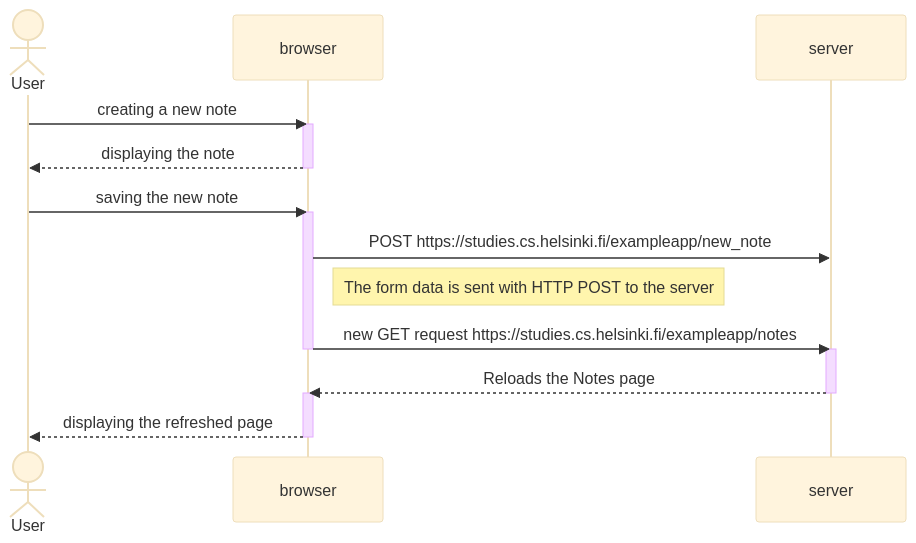
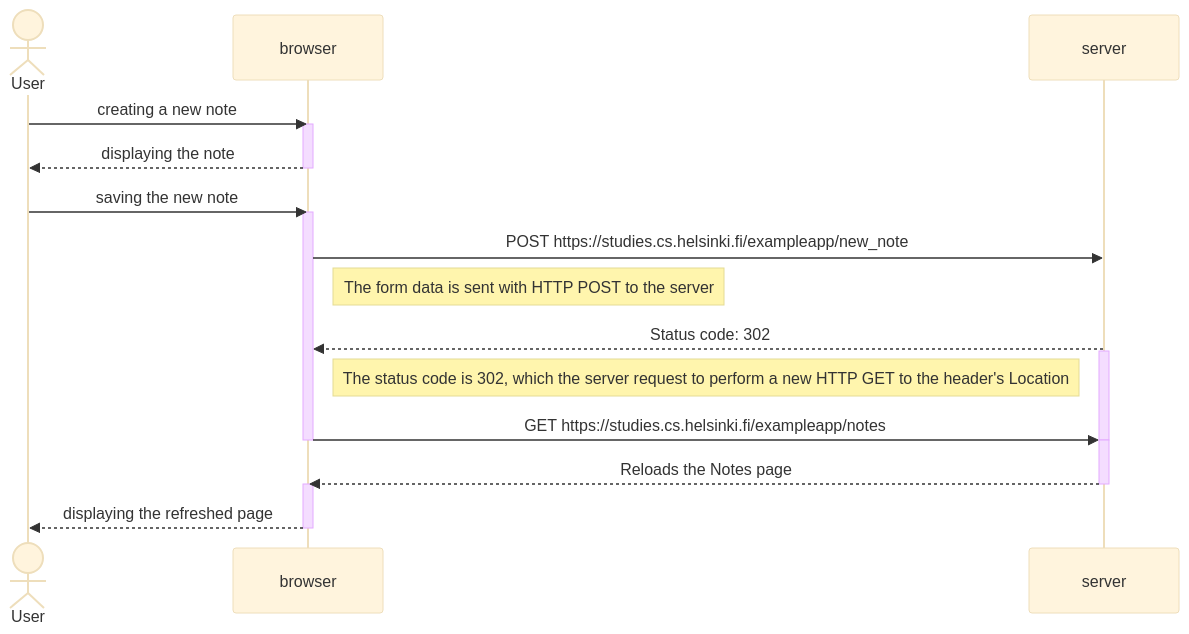
One commit to lumuellelumelay/full_stack_open changed the first of 3 diagrams in README.md. Above: the diagram before and after it, drawn with Mermaid (base theme).

Commit message:
README.md

````diff
--- a/README.md
+++ b/README.md
@@ -4,27 +4,34 @@
 ```mermaid
 sequenceDiagram
     actor User
     participant browser
     participant server
 
     User->>browser: creating a new note
     activate browser
     browser-->>User: displaying the note
     deactivate browser
 
     User->>browser: saving the new note
     activate browser
     browser->>server: POST https://studies.cs.helsinki.fi/exampleapp/new_note
 
     Note right of browser: The form data is sent with HTTP POST to the server
 
-    browser->>server: new GET request https://studies.cs.helsinki.fi/exampleapp/notes
+    server-->>browser: Status code: 302
+    activate server
+
+    Note right of browser: The status code is 302, which the server request to perform a new HTTP GET to the header's Location
+
+    browser->>server: GET https://studies.cs.helsinki.fi/exampleapp/notes
+    deactivate server
+
     deactivate browser
     activate server
     server-->>browser: Reloads the Notes page
     deactivate server
 
     activate browser
     browser-->>User: displaying the refreshed page
     deactivate browser
 ```
````
